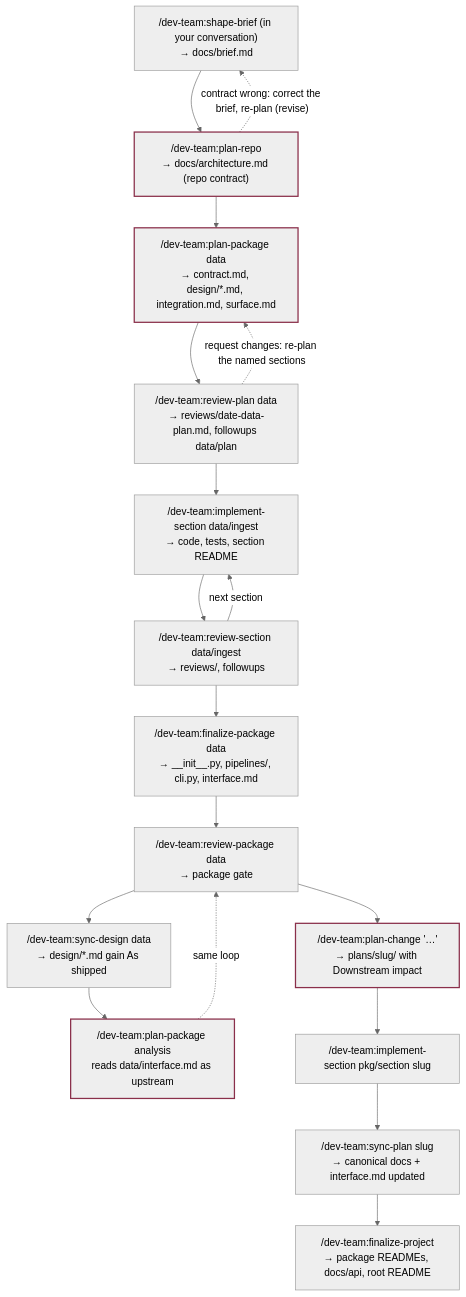
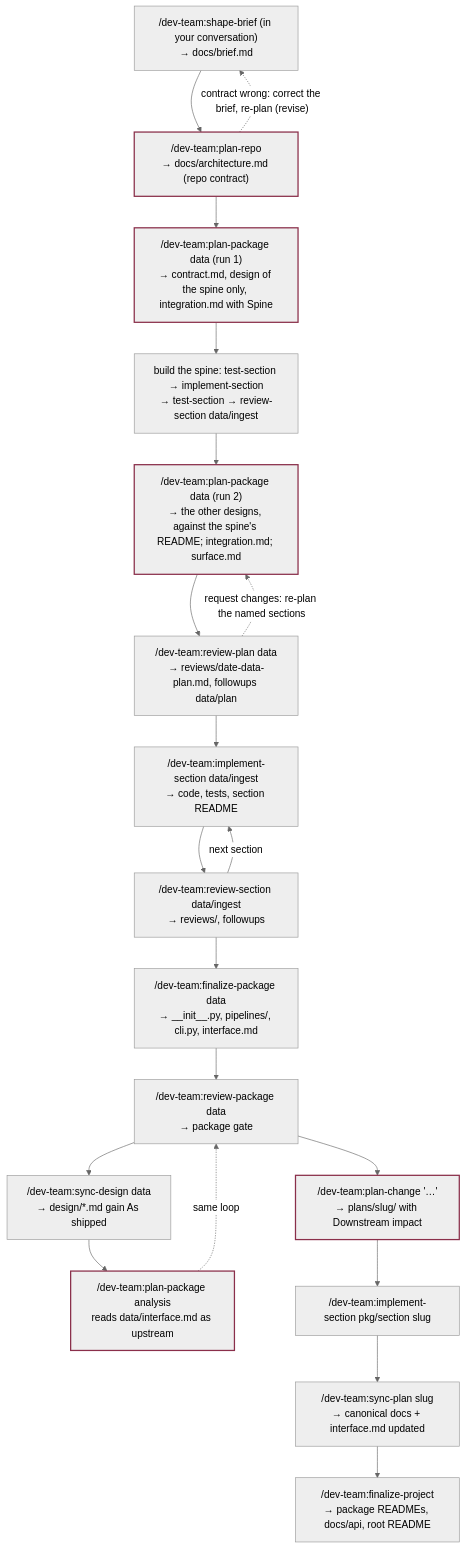
One commit to cott435/cott-plugins changed the second of 3 diagrams in dev-team/site/flow.md. Above: the diagram before and after it, drawn with Mermaid (neutral theme). The commit also changed other lines of this file and 14 other files, not shown here.

First line of the commit message:
dev-team 0.5 (phase 7): spine-first package planning

````diff
--- a/dev-team/site/flow.md
+++ b/dev-team/site/flow.md
@@ -45,24 +45,26 @@
 ```mermaid
 flowchart TD
   S["/dev-team:shape-brief (in your conversation)<br/>→ docs/brief.md"]
   S --> A
   A["/dev-team:plan-repo<br/>→ docs/architecture.md (repo contract)"]
   A -. "contract wrong: correct the brief, re-plan (revise)" .-> S
-  A --> B["/dev-team:plan-package data<br/>→ contract.md, design/*.md, integration.md, surface.md"]
-  B --> RP["/dev-team:review-plan data<br/>→ reviews/date-data-plan.md, followups data/plan"]
-  RP -. "request changes: re-plan the named sections" .-> B
+  A --> B1["/dev-team:plan-package data (run 1)<br/>→ contract.md, design of the spine only, integration.md with Spine"]
+  B1 --> SP["build the spine: test-section → implement-section<br/>→ test-section → review-section data/ingest"]
+  SP --> B2["/dev-team:plan-package data (run 2)<br/>→ the other designs, against the spine's README; integration.md; surface.md"]
+  B2 --> RP["/dev-team:review-plan data<br/>→ reviews/date-data-plan.md, followups data/plan"]
+  RP -. "request changes: re-plan the named sections" .-> B2
   RP --> C["/dev-team:implement-section data/ingest<br/>→ code, tests, section README"]
   C --> D["/dev-team:review-section data/ingest<br/>→ reviews/, followups"]
   D -->|next section| C
   D --> E["/dev-team:finalize-package data<br/>→ __init__.py, pipelines/, cli.py, interface.md"]
   E --> F["/dev-team:review-package data<br/>→ package gate"]
   F --> SD["/dev-team:sync-design data<br/>→ design/*.md gain As shipped"]
   SD --> G["/dev-team:plan-package analysis<br/>reads data/interface.md as upstream"]
   G -.->|same loop| F
   F --> H["/dev-team:plan-change '…'<br/>→ plans/slug/ with Downstream impact"]
   H --> I["/dev-team:implement-section pkg/section slug"]
   I --> J["/dev-team:sync-plan slug<br/>→ canonical docs + interface.md updated"]
   J --> K["/dev-team:finalize-project<br/>→ package READMEs, docs/api, root README"]
   classDef stop stroke:#8a2f4a,stroke-width:2px;
-  class A,B,G,H stop;
+  class A,B1,B2,G,H stop;
 ```
````
